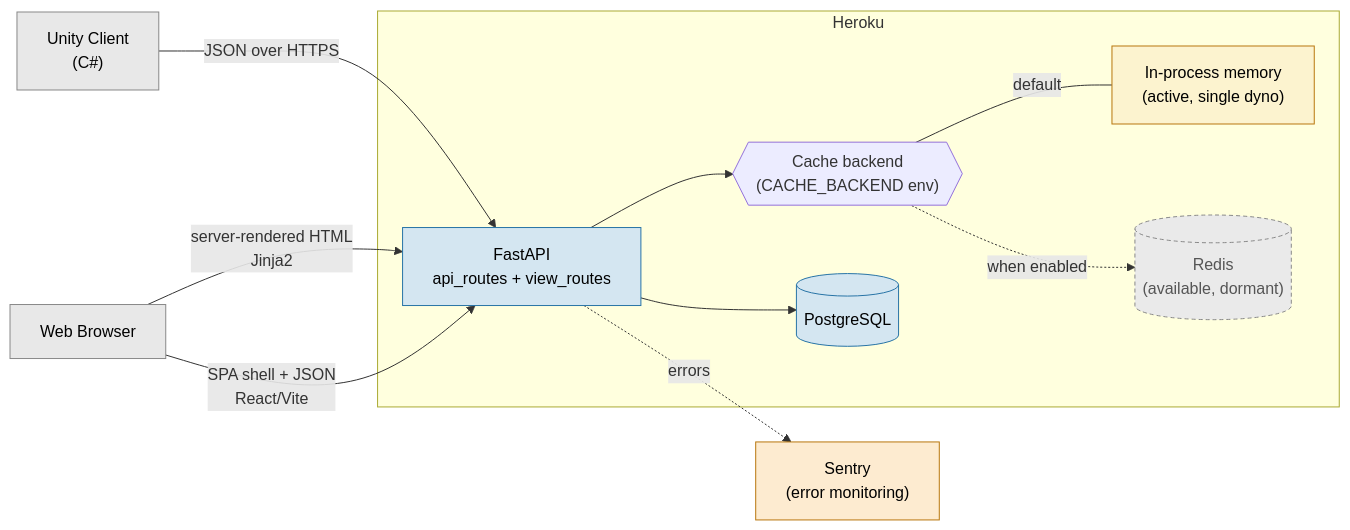
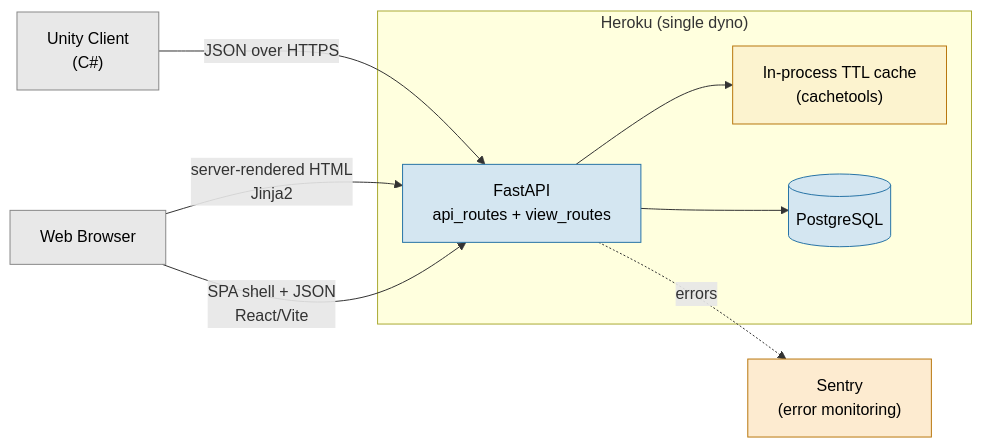
One commit to EricMay256/HighScoreServer changed the first of 4 diagrams in README.md. Above: the diagram before and after it, drawn with Mermaid. The commit also changed other lines of this file and 8 other files, not shown here.

Commit message:
Broke out architectural decisions into adr, backfilled existing decisions

````diff
--- a/README.md
+++ b/README.md
@@ -13,31 +13,25 @@
 ```mermaid
 flowchart LR
     Unity["Unity Client<br/>(C#)"]
     Browser["Web Browser"]
-    subgraph Heroku["Heroku"]
+    subgraph Heroku["Heroku (single dyno)"]
         API["FastAPI<br/>api_routes + view_routes"]
-        Backend{{"Cache backend<br/>(CACHE_BACKEND env)"}}
-        Memory["In-process memory<br/>(active, single dyno)"]
-        Redis[("Redis<br/>(available, dormant)")]
+        Cache["In-process TTL cache<br/>(cachetools)"]
         Postgres[("PostgreSQL")]
     end
     Sentry["Sentry<br/>(error monitoring)"]
     Unity -->|JSON over HTTPS| API
     Browser -->|server-rendered HTML<br/>Jinja2| API
     Browser -->|SPA shell + JSON<br/>React/Vite| API
     API --> Postgres
-    API --> Backend
-    Backend ---|default| Memory
-    Backend -.->|when enabled| Redis
+    API --> Cache
     API -.->|errors| Sentry
     classDef external fill:#e8e8e8,stroke:#888,color:#000
     classDef infra fill:#d4e6f1,stroke:#2874a6,color:#000
     classDef ephemeral fill:#fcf3cf,stroke:#b9770e,color:#000
-    classDef dormant fill:#eaeaea,stroke:#888,color:#555,stroke-dasharray: 4 3
     classDef monitoring fill:#fdebd0,stroke:#b9770e,color:#000
     class Unity,Browser external
     class API,Postgres infra
-    class Memory ephemeral
-    class Redis dormant
+    class Cache ephemeral
     class Sentry monitoring
 ```
````
